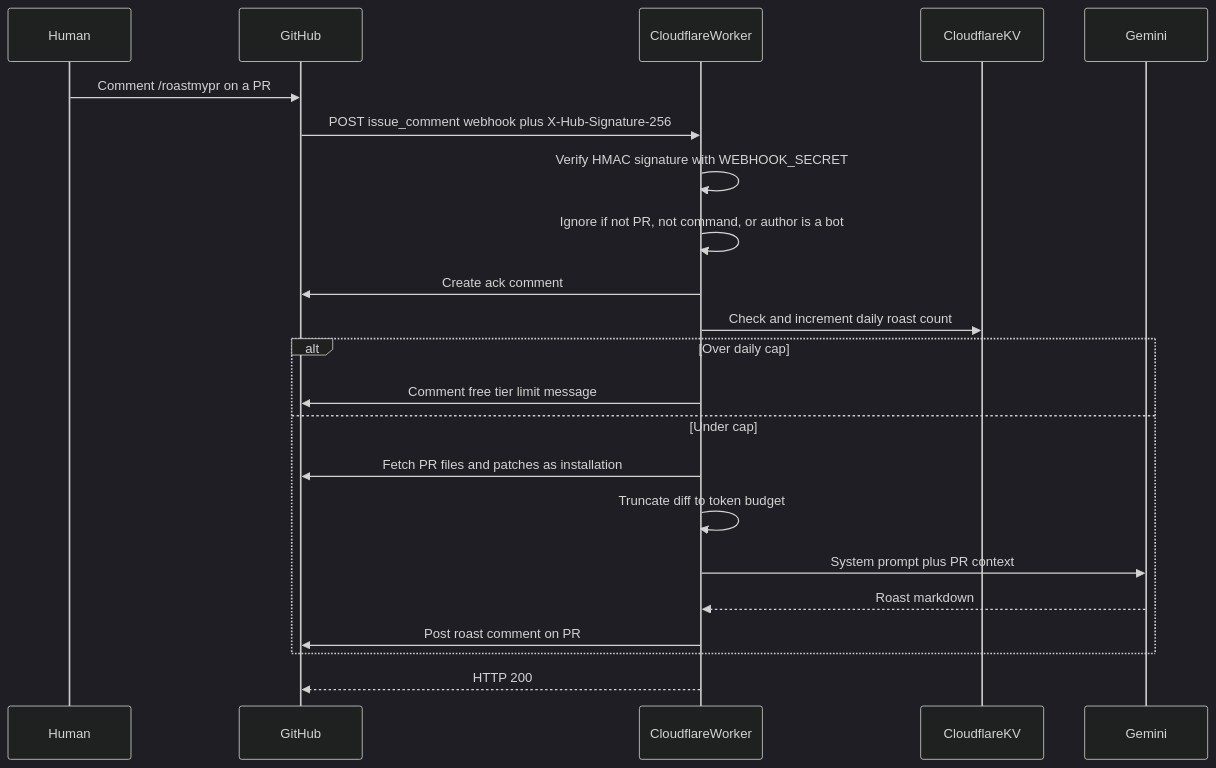
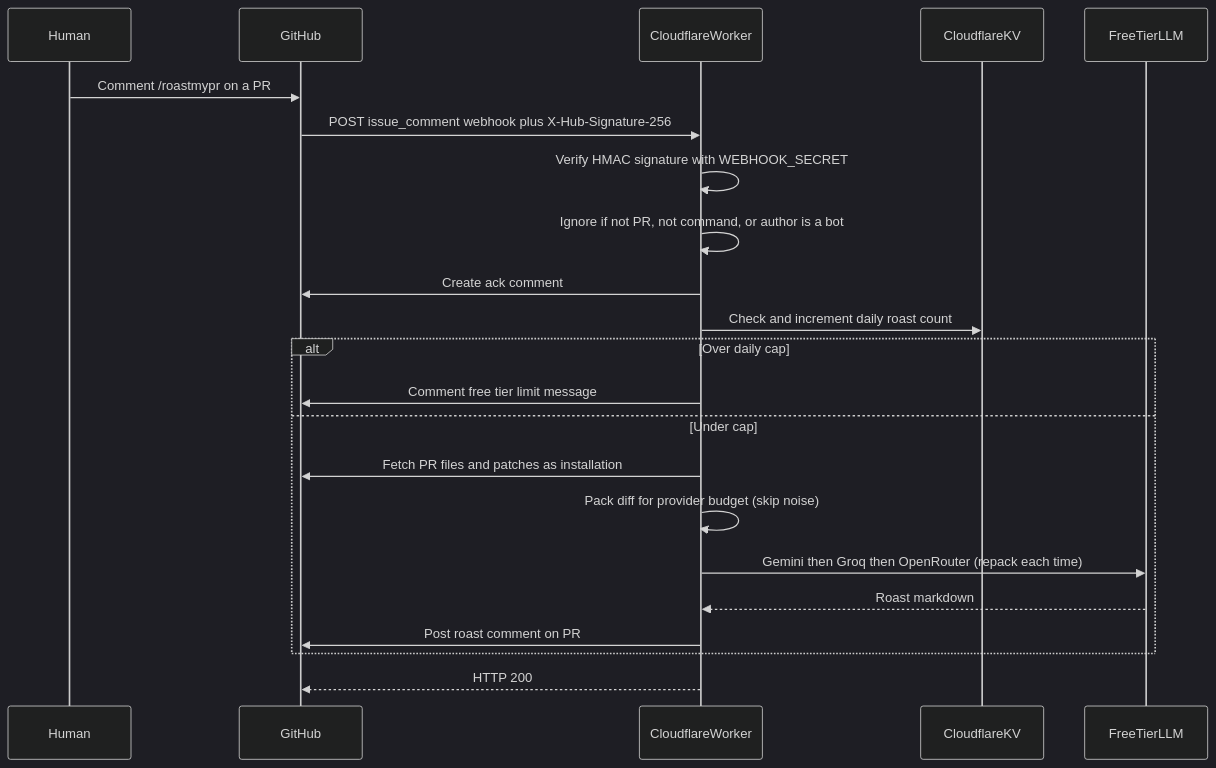
One commit to vuongj321/roast-my-pr changed the second of 4 diagrams in docs/ARCHITECTURE.md. Above: the diagram before and after it, drawn with Mermaid (dark theme). The commit also changed other lines of this file and 1 other file, not shown here.

First line of the commit message:
docs: explain multi-provider packing and failover

````diff
--- a/docs/ARCHITECTURE.md
+++ b/docs/ARCHITECTURE.md
@@ -108,25 +118,25 @@
 ```mermaid
 sequenceDiagram
   participant Human
   participant GitHub
   participant Worker as CloudflareWorker
   participant KV as CloudflareKV
-  participant Gemini
+  participant LLM as FreeTierLLM
 
   Human->>GitHub: Comment /roastmypr on a PR
   GitHub->>Worker: POST issue_comment webhook plus X-Hub-Signature-256
   Worker->>Worker: Verify HMAC signature with WEBHOOK_SECRET
   Worker->>Worker: Ignore if not PR, not command, or author is a bot
   Worker->>GitHub: Create ack comment
   Worker->>KV: Check and increment daily roast count
   alt Over daily cap
     Worker->>GitHub: Comment free tier limit message
   else Under cap
     Worker->>GitHub: Fetch PR files and patches as installation
-    Worker->>Worker: Truncate diff to token budget
-    Worker->>Gemini: System prompt plus PR context
-    Gemini-->>Worker: Roast markdown
+    Worker->>Worker: Pack diff for provider budget (skip noise)
+    Worker->>LLM: Gemini then Groq then OpenRouter (repack each time)
+    LLM-->>Worker: Roast markdown
     Worker->>GitHub: Post roast comment on PR
   end
   Worker-->>GitHub: HTTP 200
 ```
````
